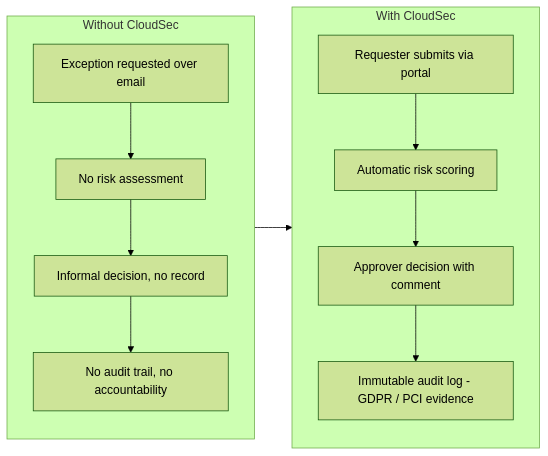
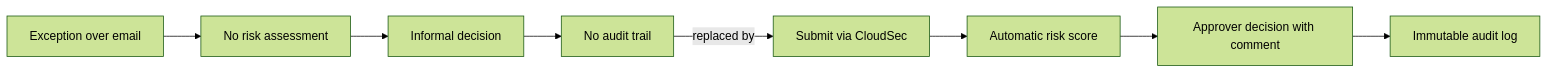
One commit to Jugcmd/CloudSec changed the first of 5 diagrams in docs/presentation-diagrams.md. Above: the diagram before and after it, drawn with Mermaid (forest theme). The commit also changed other lines of this file, not shown here.

Commit message:
fix: rewrite all diagrams as flat flowcharts - no nested subgraph edge issues

````diff
--- a/docs/presentation-diagrams.md
+++ b/docs/presentation-diagrams.md
@@ -11,16 +11,12 @@
 ```mermaid
 flowchart LR
-    subgraph BEFORE [Without CloudSec]
-        A["Exception requested over email"] --> B["No risk assessment"]
-        B --> C["Informal decision, no record"]
-        C --> D["No audit trail, no accountability"]
-    end
+    A["Exception over email"] --> B["No risk assessment"]
+    B --> C["Informal decision"]
+    C --> D["No audit trail"]
 
-    subgraph AFTER [With CloudSec]
-        E["Requester submits via portal"] --> F["Automatic risk scoring"]
-        F --> G["Approver decision with comment"]
-        G --> H["Immutable audit log - GDPR / PCI evidence"]
-    end
+    E["Submit via CloudSec"] --> F["Automatic risk score"]
+    F --> G["Approver decision with comment"]
+    G --> H["Immutable audit log"]
 
-    BEFORE --> AFTER
+    D -->|"replaced by"| E
 ```
````
